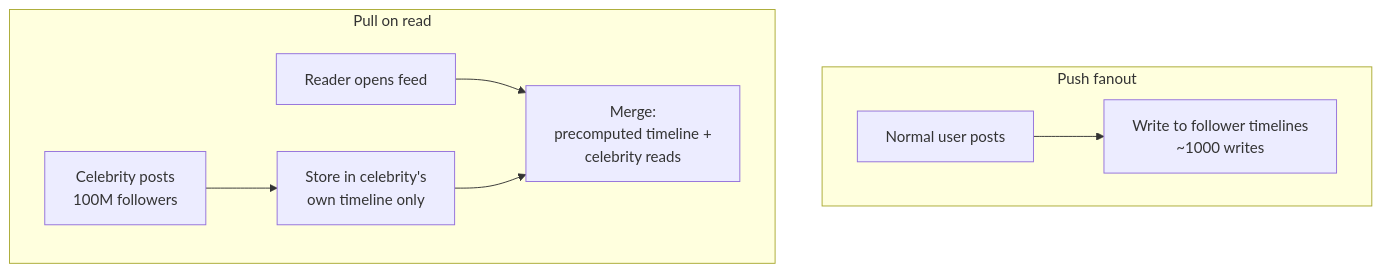
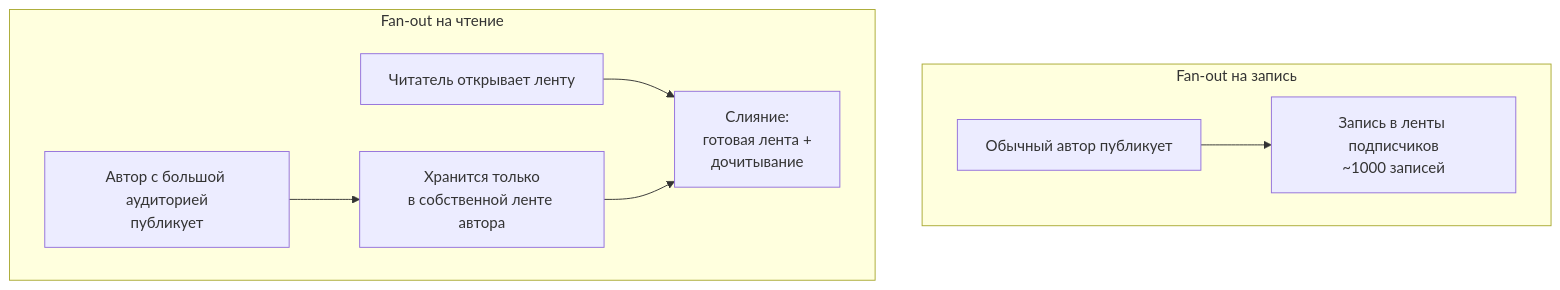
The third of 6 diagrams in docs/senior-golang-study/05-system-design/highload-design-patterns.md (fev0ks/LearnGoLang), drawn with Mermaid before and after one commit. The commit also changed other lines of this file, not shown here.

````diff
--- a/docs/senior-golang-study/05-system-design/highload-design-patterns.md
+++ b/docs/senior-golang-study/05-system-design/highload-design-patterns.md
@@ -517,16 +616,16 @@
 ```mermaid
 flowchart TB
-    NormalUser[Normal user posts]
-    Celeb[Celebrity posts<br/>100M followers]
+    NormalUser[Обычный автор публикует]
+    Celeb[Автор с большой аудиторией<br/>публикует]
 
-    subgraph Push[Push fanout]
-        NormalUser --> WriteTimelines[Write to follower timelines<br/>~1000 writes]
+    subgraph Push[Fan-out на запись]
+        NormalUser --> WriteTimelines[Запись в ленты подписчиков<br/>~1000 записей]
     end
 
-    subgraph PullOnRead[Pull on read]
-        Celeb --> CelebStore[Store in celebrity's<br/>own timeline only]
-        Reader[Reader opens feed]
-        Reader --> Merge[Merge:<br/>precomputed timeline +<br/>celebrity reads]
+    subgraph PullOnRead[Fan-out на чтение]
+        Celeb --> CelebStore[Хранится только<br/>в собственной ленте автора]
+        Reader[Читатель открывает ленту]
+        Reader --> Merge[Слияние:<br/>готовая лента +<br/>дочитывание]
         CelebStore --> Merge
     end
 ```
````
